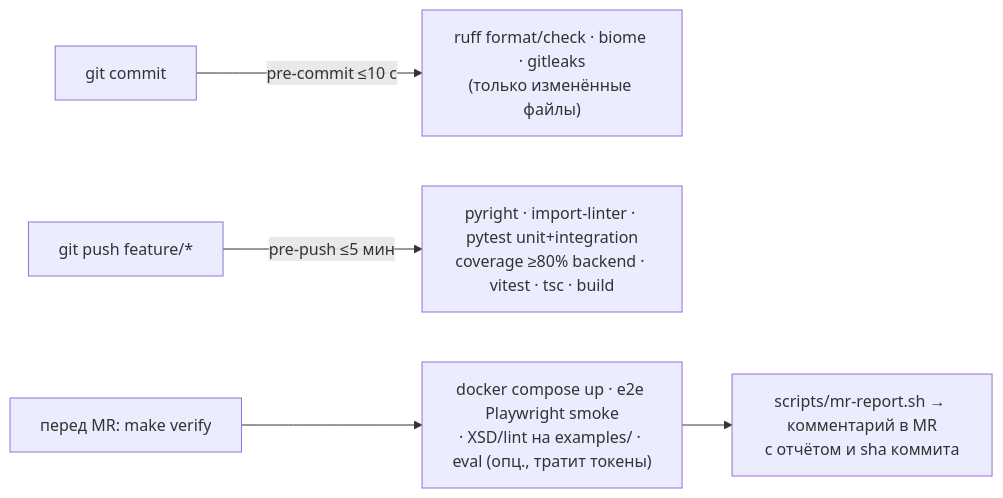
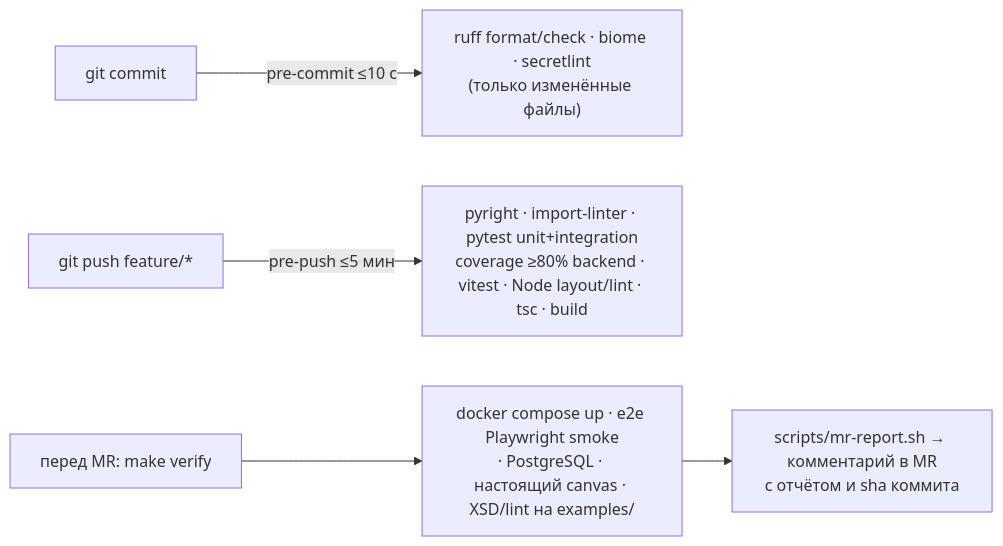
Before and after one commit to MattoYuzuru/BPMN.Space: the eighth of 8 diagrams in docs/rfc/0001-architecture.md, drawn with Mermaid. The commit also changed other lines of this file and 11 other files, not shown here.

Commit message:
docs(architecture): reconcile generation and evidence contracts

````diff
--- a/docs/rfc/0001-architecture.md
+++ b/docs/rfc/0001-architecture.md
@@ -606,7 +597,7 @@
 ```mermaid
 flowchart LR
-    A["git commit"] -->|"pre-commit ≤10 c"| B["ruff format/check · biome · gitleaks<br/>(только изменённые файлы)"]
-    C["git push feature/*"] -->|"pre-push ≤5 мин"| D["pyright · import-linter · pytest unit+integration<br/>coverage ≥80% backend · vitest · tsc · build"]
-    E["перед MR: make verify"] --> F["docker compose up · e2e Playwright smoke<br/>· XSD/lint на examples/ · eval (опц., тратит токены)"]
+    A["git commit"] -->|"pre-commit ≤10 c"| B["ruff format/check · biome · secretlint<br/>(только изменённые файлы)"]
+    C["git push feature/*"] -->|"pre-push ≤5 мин"| D["pyright · import-linter · pytest unit+integration<br/>coverage ≥80% backend · vitest · Node layout/lint · tsc · build"]
+    E["перед MR: make verify"] --> F["docker compose up · e2e Playwright smoke<br/>· PostgreSQL · настоящий canvas · XSD/lint на examples/"]
     F --> G["scripts/mr-report.sh → комментарий в MR<br/>с отчётом и sha коммита"]
 ```
````
